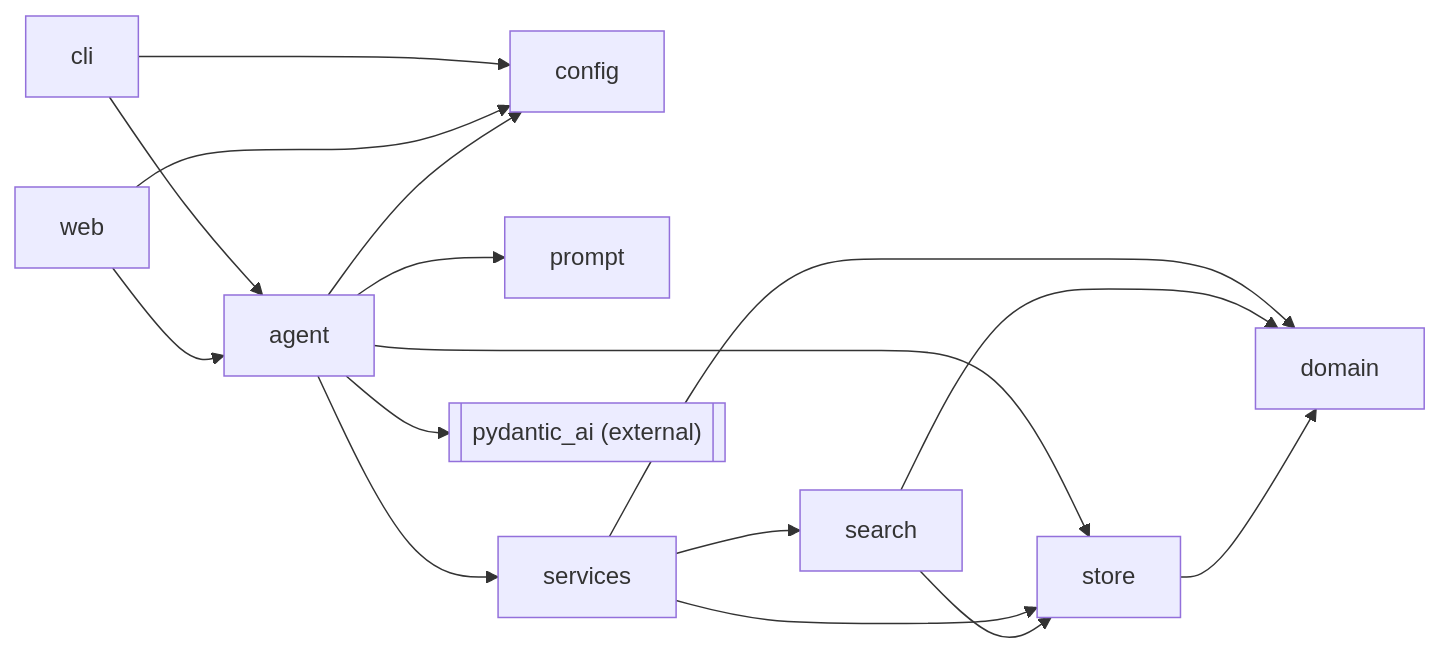
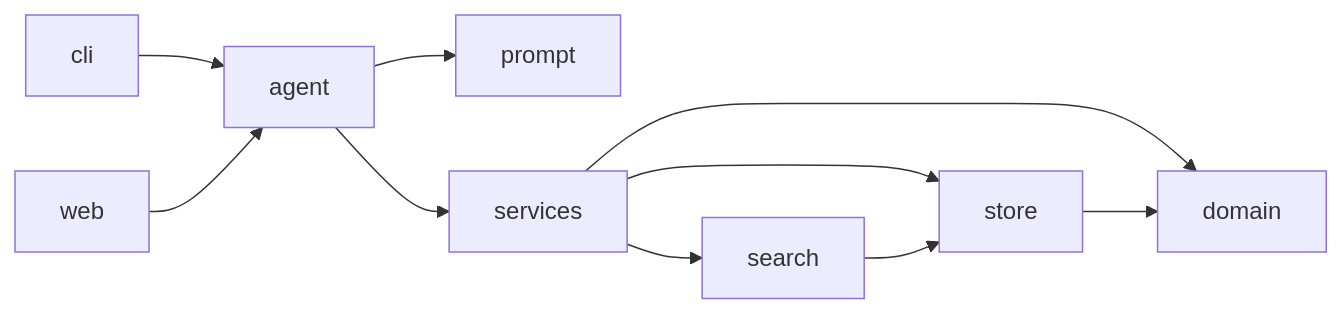
One commit to rodrigotriboni1/emporio-agent changed the diagram in README.md. Above: the diagram before and after it, drawn with Mermaid. The commit also changed other lines of this file, not shown here.

````diff
--- a/README.md
+++ b/README.md
@@ -93,19 +49,12 @@
 ```mermaid
 flowchart LR
-    cli --> config
     cli --> agent
-    web --> config
     web --> agent
-    agent --> config
     agent --> prompt
     agent --> services
-    agent --> store
-    agent --> pydantic_ai
+    services --> search
+    services --> store
+    search --> store
     services --> domain
-    services --> store
-    services --> search
-    search --> domain
-    search --> store
     store --> domain
-    pydantic_ai[["pydantic_ai (external)"]]
 ```
````
